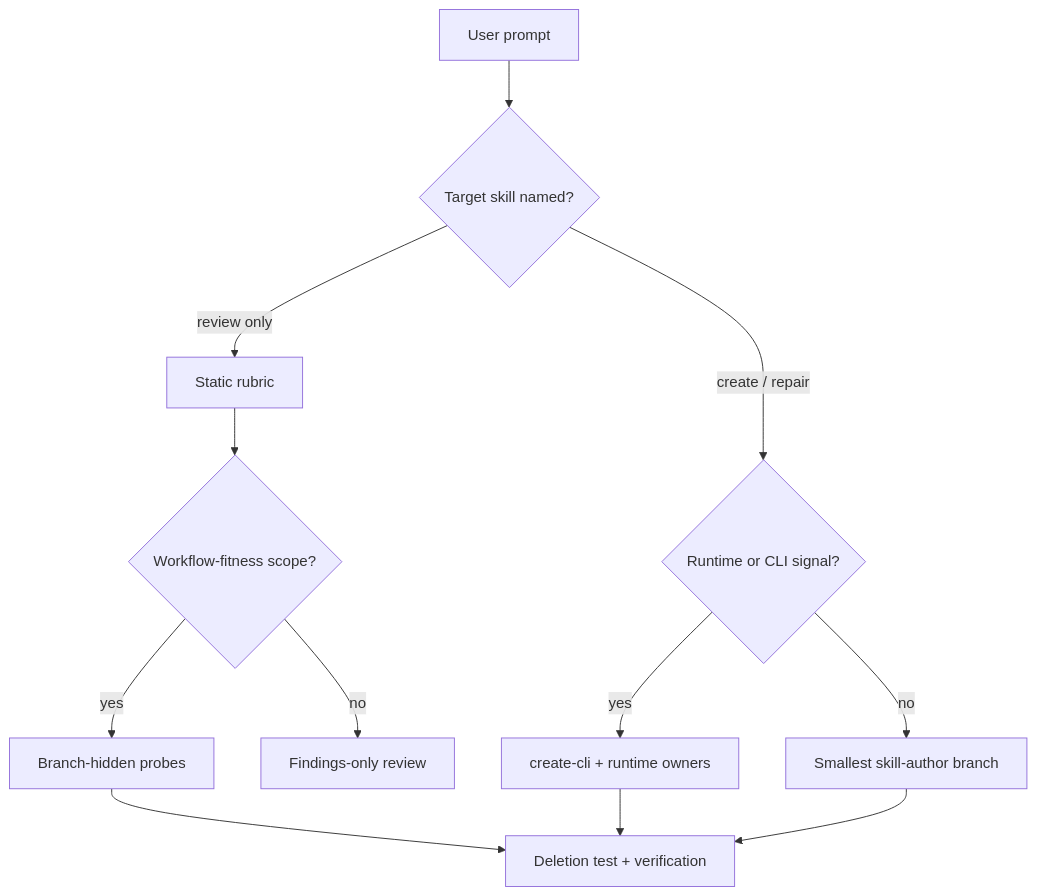
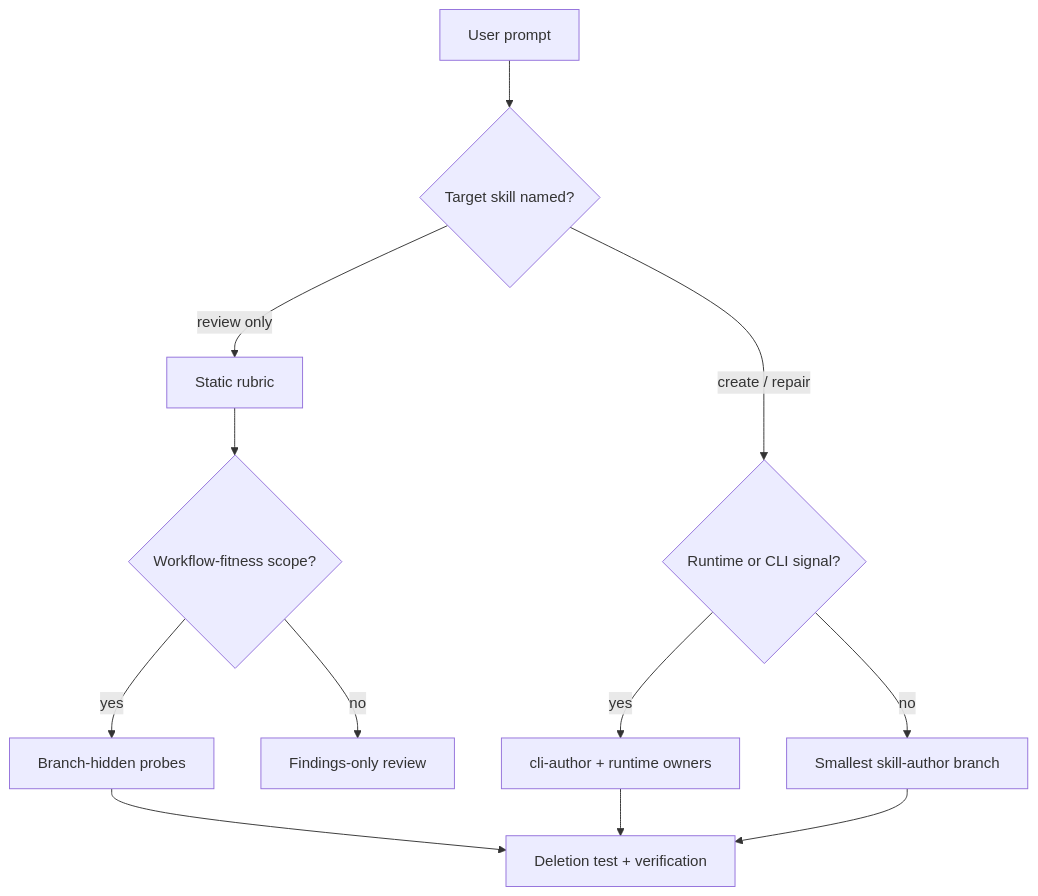
One commit to nathanvale/claude-code-config changed the diagram in docs/plans/2026-06-30-001-fix-skill-author-workflow-hardening-plan.md. Above: the diagram before and after it, drawn with Mermaid. The commit also changed other lines of this file and 134 other files, not shown here.

First line of the commit message:
refactor(cli-author): rename CLI authoring skill

````diff
--- a/docs/plans/2026-06-30-001-fix-skill-author-workflow-hardening-plan.md
+++ b/docs/plans/2026-06-30-001-fix-skill-author-workflow-hardening-plan.md
@@ -83,14 +83,14 @@
 ```mermaid
 flowchart TB
   A[User prompt] --> B{Target skill named?}
   B -->|review only| C[Static rubric]
   C --> D{Workflow-fitness scope?}
   D -->|yes| E[Branch-hidden probes]
   D -->|no| F[Findings-only review]
   B -->|create / repair| G{Runtime or CLI signal?}
-  G -->|yes| H[create-cli + runtime owners]
+  G -->|yes| H[cli-author + runtime owners]
   G -->|no| I[Smallest skill-author branch]
   H --> J[Deletion test + verification]
   I --> J
   E --> J
 ```
````
